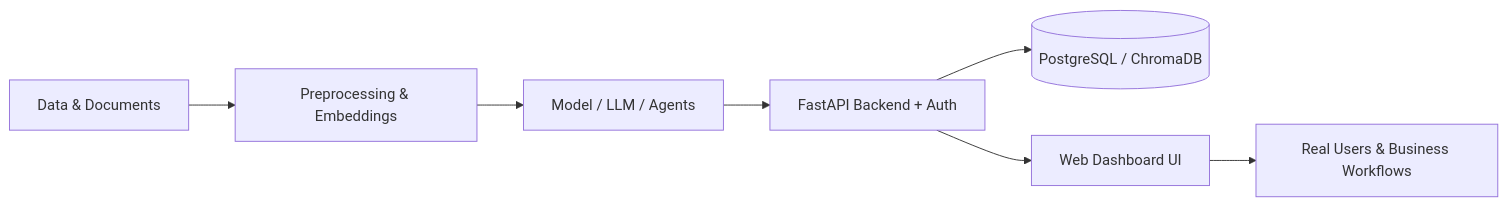
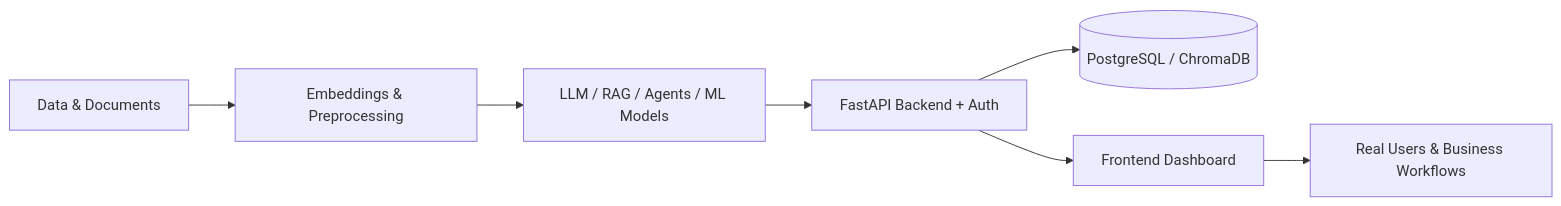
Before and after one commit to Abdullah-1-11/Abdullah-1-11: the diagram in README.md, drawn with Mermaid. The commit also changed other lines of this file, not shown here.

````diff
--- a/README.md
+++ b/README.md
@@ -49,9 +85,9 @@
 ```mermaid
 flowchart LR
-    A[Data & Documents] --> B[Preprocessing & Embeddings]
-    B --> C[Model / LLM / Agents]
+    A[Data & Documents] --> B[Embeddings & Preprocessing]
+    B --> C[LLM / RAG / Agents / ML Models]
     C --> D[FastAPI Backend + Auth]
     D --> E[(PostgreSQL / ChromaDB)]
-    D --> F[Web Dashboard UI]
+    D --> F[Frontend Dashboard]
     F --> G[Real Users & Business Workflows]
 ```
````
